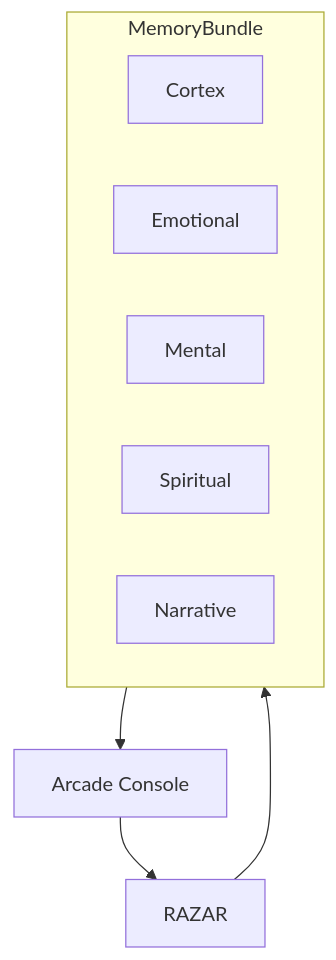
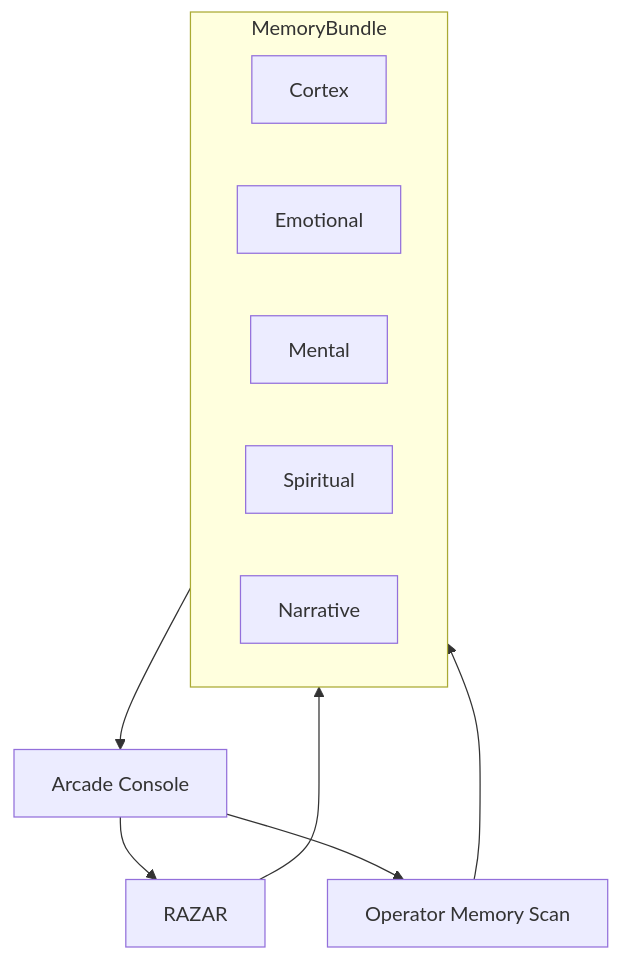
Before and after one commit to DINGIRABZU/ABZU: the third of 4 diagrams in docs/blueprint_spine.md, drawn with Mermaid. The commit also changed 2 other files, not shown here.

Commit message:
docs: clarify arcade memory flows follow-up
I added memory interface diagrams in The Absolute Protocol, Blueprint Spine, and System Blueprint to obtain clearer ignition and UI pathways, expecting contributors to scan memory states easily.

````diff
--- a/docs/blueprint_spine.md
+++ b/docs/blueprint_spine.md
@@ -85,15 +85,18 @@
 ```mermaid
 graph TD
     Arcade[Arcade Console]
     RAZAR[RAZAR]
+    Scan[Operator Memory Scan]
     subgraph MemoryBundle
         Cortex
         Emotional
         Mental
         Spiritual
         Narrative
     end
     Arcade --> RAZAR
+    Arcade --> Scan
+    Scan --> MemoryBundle
     RAZAR --> MemoryBundle
     MemoryBundle --> Arcade
 ```
````
